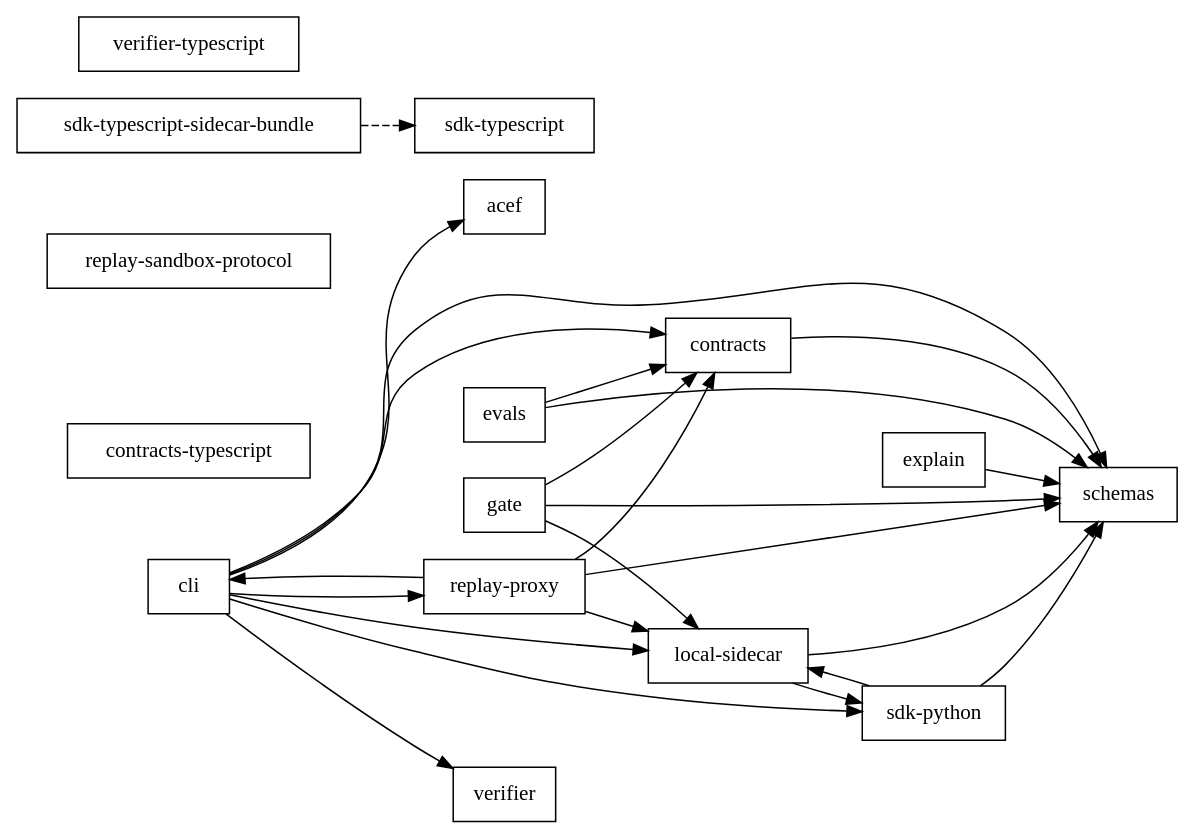
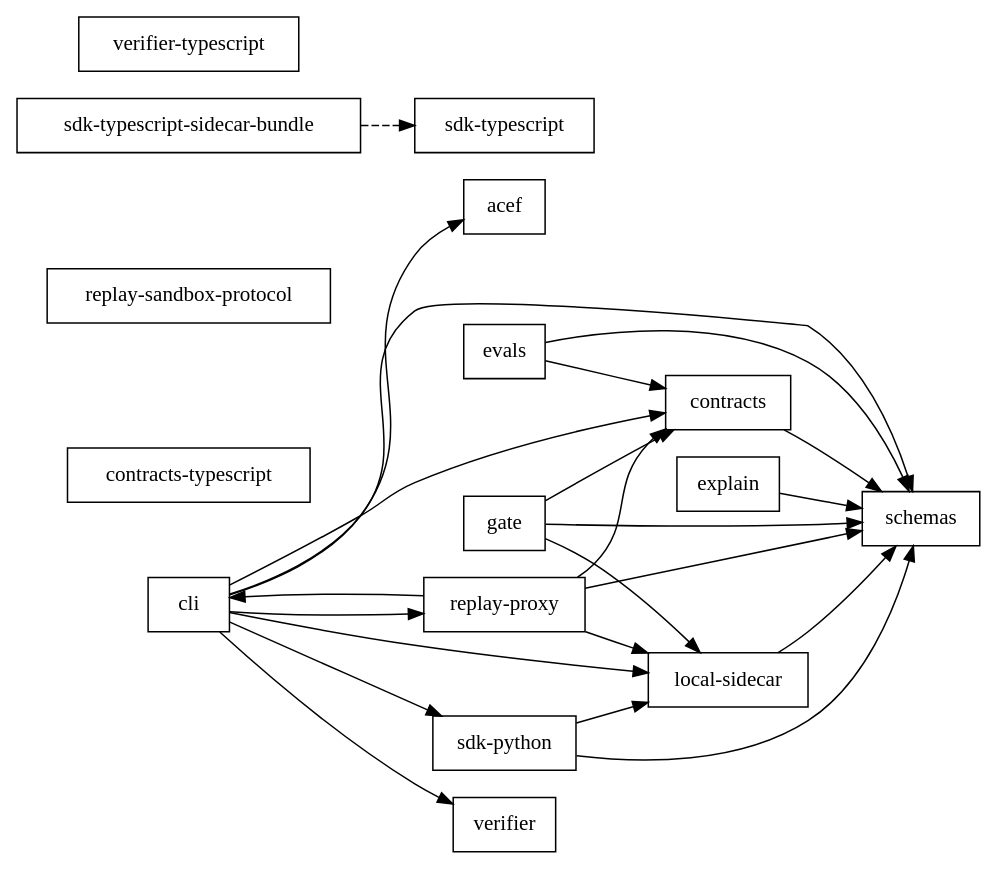
The diagram in docs/architecture/dependency-graph.dot (epochly-inc/relay), drawn with Graphviz before and after one commit. The commit also changed 7 other files, not shown here.

First line of the commit message:
refactor(arch): break the local-sidecar<->sdk-python import cycle (gate#3 reproducibility)

```diff
--- a/docs/architecture/dependency-graph.dot
+++ b/docs/architecture/dependency-graph.dot
@@ -1,43 +1,42 @@
 digraph relay_deps {
   rankdir=LR;
   node [shape=box];
   "acef";
   "cli";
   "contracts";
   "contracts-typescript";
   "evals";
   "explain";
   "gate";
   "local-sidecar";
   "replay-proxy";
   "replay-sandbox-protocol";
   "schemas";
   "sdk-python";
   "sdk-typescript";
   "sdk-typescript-sidecar-bundle";
   "verifier";
   "verifier-typescript";
   "cli" -> "acef";
   "cli" -> "contracts";
   "cli" -> "local-sidecar";
   "cli" -> "replay-proxy";
   "cli" -> "schemas";
   "cli" -> "sdk-python";
   "cli" -> "verifier";
   "contracts" -> "schemas";
   "evals" -> "contracts";
   "evals" -> "schemas";
   "explain" -> "schemas";
   "gate" -> "contracts";
   "gate" -> "local-sidecar";
   "gate" -> "schemas";
   "local-sidecar" -> "schemas";
-  "local-sidecar" -> "sdk-python";
   "replay-proxy" -> "cli";
   "replay-proxy" -> "contracts";
   "replay-proxy" -> "local-sidecar";
   "replay-proxy" -> "schemas";
   "sdk-python" -> "local-sidecar";
   "sdk-python" -> "schemas";
   "sdk-typescript-sidecar-bundle" -> "sdk-typescript" [style=dashed];
 }
```
